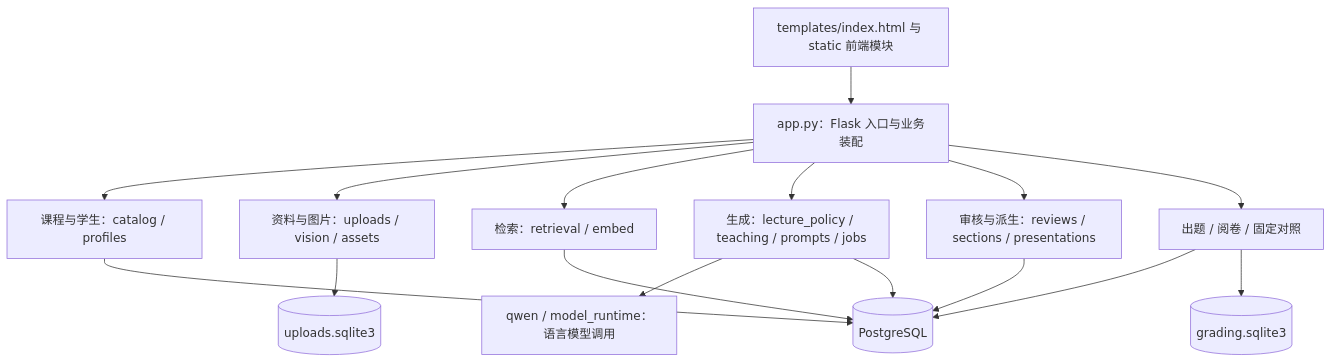
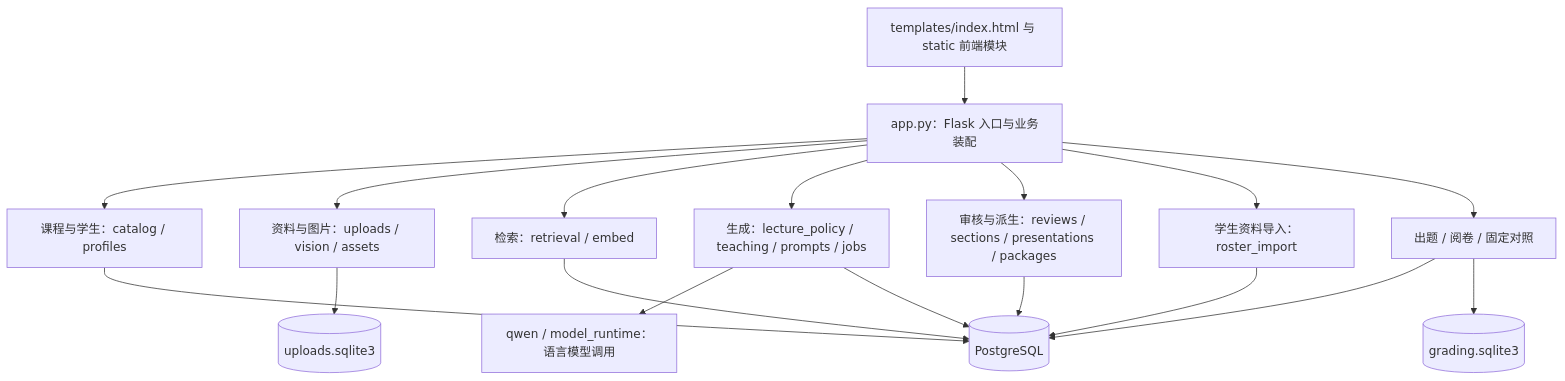
Before and after one commit to qweasdqwe11113-crypto/Personalized-lecture-notes: the first of 5 diagrams in project_map.md, drawn with Mermaid. The commit also changed other lines of this file and 33 other files, not shown here.

````diff
--- a/project_map.md
+++ b/project_map.md
@@ -9,18 +9,20 @@
 ```mermaid
 flowchart TD
     UI[templates/index.html 与 static 前端模块] --> APP[app.py：Flask 入口与业务装配]
     APP --> CT[课程与学生：catalog / profiles]
     APP --> UP[资料与图片：uploads / vision / assets]
     APP --> RT[检索：retrieval / embed]
     APP --> GEN[生成：lecture_policy / teaching / prompts / jobs]
     GEN --> LLM[qwen / model_runtime：语言模型调用]
-    APP --> OUT[审核与派生：reviews / sections / presentations]
+    APP --> OUT[审核与派生：reviews / sections / presentations / packages]
+    APP --> IMP[学生资料导入：roster_import]
+    IMP --> PG
     APP --> EXT[出题 / 阅卷 / 固定对照]
     CT --> PG[(PostgreSQL)]
     RT --> PG
     GEN --> PG
     OUT --> PG
     UP --> UDB[(uploads.sqlite3)]
     EXT --> PG
     EXT --> GDB[(grading.sqlite3)]
 ```
````
